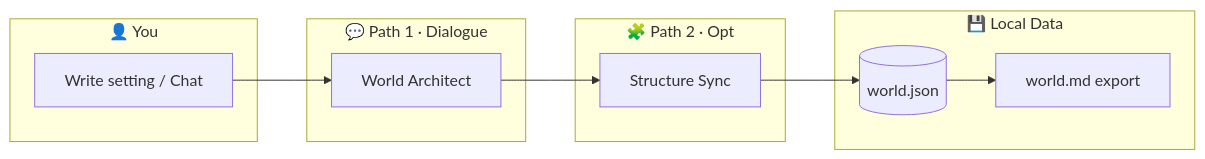
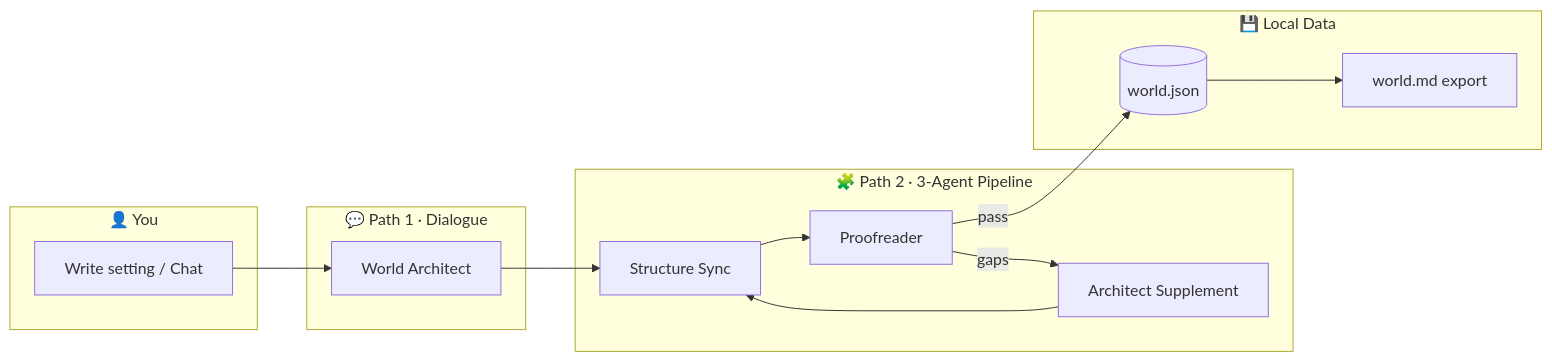
The first of 4 diagrams in README.en.md (Lucas-Wang-THU/Magic_Creater_World), drawn with Mermaid before and after one commit. The commit also changed other lines of this file and 15 other files, not shown here.

First line of the commit message:
feat: implement 3-Agent pipeline for structure sync with proofreader

````diff
--- a/README.en.md
+++ b/README.en.md
@@ -119,20 +119,25 @@
 ```mermaid
 flowchart LR
   subgraph User["👤 You"]
     A[Write setting / Chat]
   end
   subgraph Path1["💬 Path 1 · Dialogue"]
     B[World Architect]
   end
-  subgraph Path2["🧩 Path 2 · Opt"]
+  subgraph Path2["🧩 Path 2 · 3-Agent Pipeline"]
     C[Structure Sync]
+    D[Proofreader]
+    E[Architect Supplement]
   end
   subgraph Local["💾 Local Data"]
-    D[(world.json)]
-    E[world.md export]
+    F[(world.json)]
+    G[world.md export]
   end
   A --> B
   B --> C
   C --> D
-  D --> E
+  D -->|pass| F
+  D -->|gaps| E
+  E --> C
+  F --> G
 ```
````
